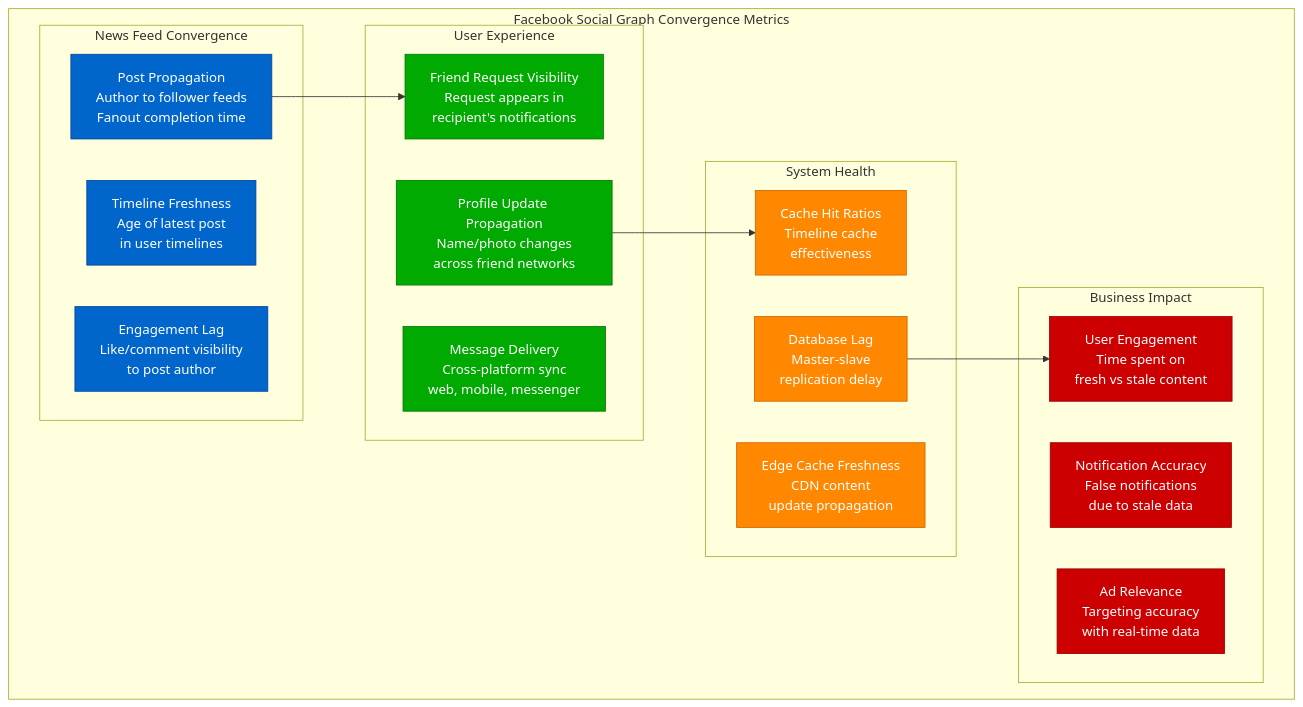
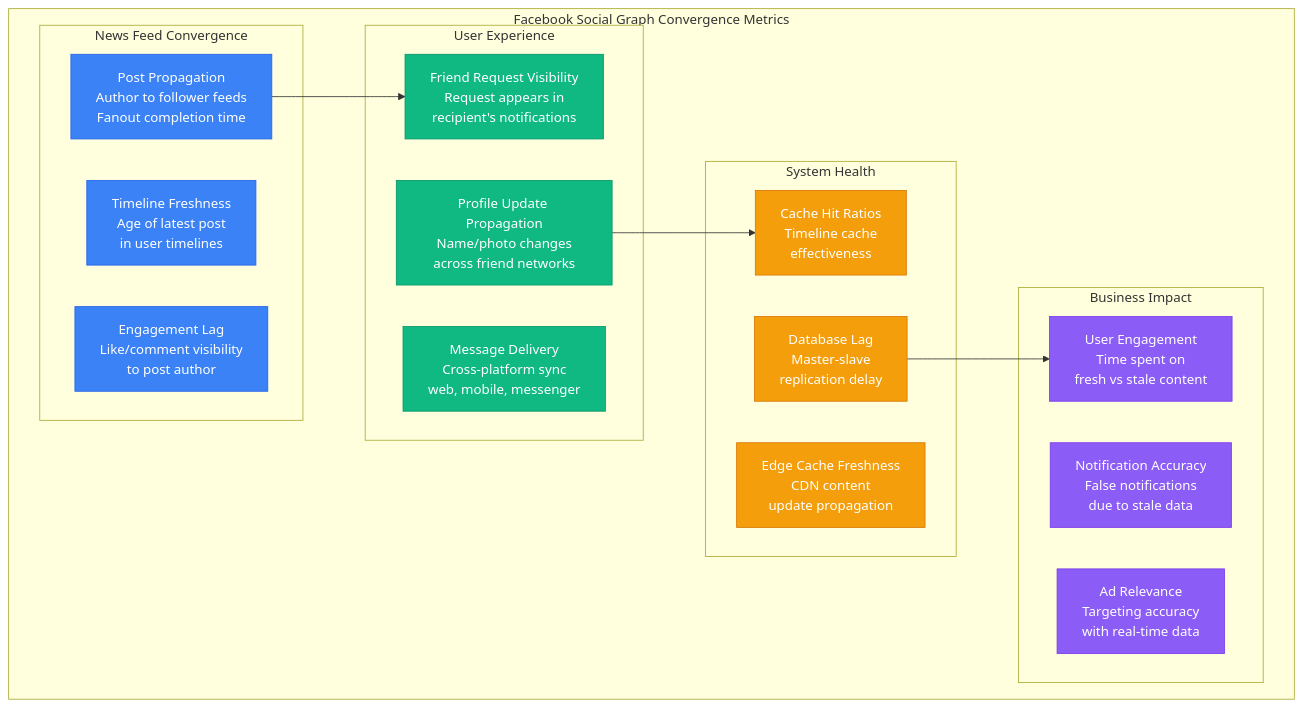
One commit to deepaucksharma/DS changed the fifth of 8 diagrams in site/docs/guarantees/eventual-consistency/eventual-consistency-metrics.md. Above: the diagram before and after it, drawn with Mermaid. The commit also changed other lines of this file and 303 other files, not shown here.

````diff
--- a/site/docs/guarantees/eventual-consistency/eventual-consistency-metrics.md
+++ b/site/docs/guarantees/eventual-consistency/eventual-consistency-metrics.md
@@ -203,42 +203,42 @@
 ```mermaid
 graph TB
     subgraph FacebookMetrics[Facebook Social Graph Convergence Metrics]
         subgraph FeedMetrics[News Feed Convergence]
             FM1[Post Propagation<br/>Author to follower feeds<br/>Fanout completion time]
             FM2[Timeline Freshness<br/>Age of latest post<br/>in user timelines]
             FM3[Engagement Lag<br/>Like/comment visibility<br/>to post author]
         end
 
         subgraph UserExperienceMetrics[User Experience]
             UEM1[Friend Request Visibility<br/>Request appears in<br/>recipient's notifications]
             UEM2[Profile Update Propagation<br/>Name/photo changes<br/>across friend networks]
             UEM3[Message Delivery<br/>Cross-platform sync<br/>web, mobile, messenger]
         end
 
         subgraph SystemHealthMetrics[System Health]
             SHM1[Cache Hit Ratios<br/>Timeline cache<br/>effectiveness]
             SHM2[Database Lag<br/>Master-slave<br/>replication delay]
             SHM3[Edge Cache Freshness<br/>CDN content<br/>update propagation]
         end
 
         subgraph BusinessMetrics[Business Impact]
             BM1[User Engagement<br/>Time spent on<br/>fresh vs stale content]
             BM2[Notification Accuracy<br/>False notifications<br/>due to stale data]
             BM3[Ad Relevance<br/>Targeting accuracy<br/>with real-time data]
         end
     end
 
     FM1 --> UEM1
     UEM2 --> SHM1
     SHM2 --> BM1
 
-    classDef feedStyle fill:#0066CC,stroke:#004499,color:#fff
-    classDef uxStyle fill:#00AA00,stroke:#007700,color:#fff
-    classDef systemStyle fill:#FF8800,stroke:#CC6600,color:#fff
-    classDef businessStyle fill:#CC0000,stroke:#990000,color:#fff
+    classDef feedStyle fill:#3B82F6,stroke:#2563EB,color:#fff
+    classDef uxStyle fill:#10B981,stroke:#059669,color:#fff
+    classDef systemStyle fill:#F59E0B,stroke:#D97706,color:#fff
+    classDef businessStyle fill:#8B5CF6,stroke:#7C3AED,color:#fff
 
     class FM1,FM2,FM3 feedStyle
     class UEM1,UEM2,UEM3 uxStyle
     class SHM1,SHM2,SHM3 systemStyle
     class BM1,BM2,BM3 businessStyle
 ```
````
